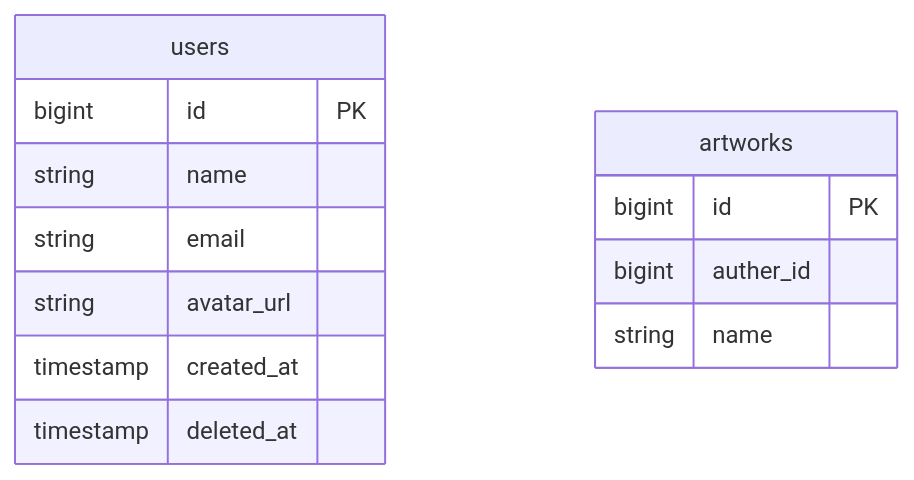
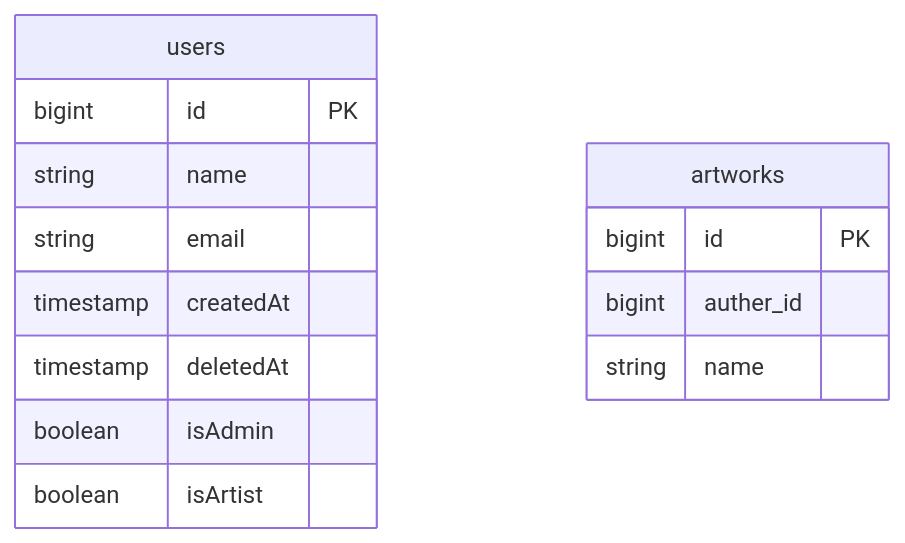
One commit to Fush1m1/resume-app changed the diagram in docs/er.md. Above: the diagram before and after it, drawn with Mermaid. The commit also changed 1 other file, not shown here.

Commit message:
add: docs

````diff
--- a/docs/er.md
+++ b/docs/er.md
@@ -1,18 +1,18 @@
 ```mermaid
 erDiagram
   users {
     bigint id PK
     string name
     string email
-    
-    string avatar_url
-    timestamp created_at
-    timestamp deleted_at
+    timestamp createdAt
+    timestamp deletedAt
+    boolean isAdmin
+    boolean isArtist
   }
 
   artworks {
     bigint id PK
     bigint auther_id 
     string name
   }
 ```
````
